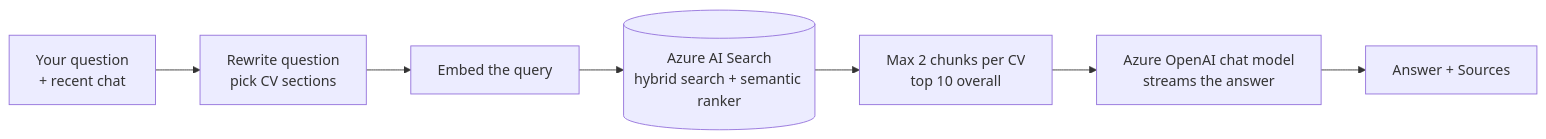
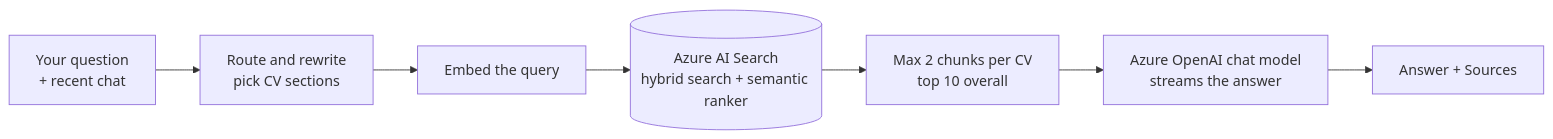
Before and after one commit to sherif2004/chat-with-cv: the second of 3 diagrams in README.md, drawn with Mermaid. The commit also changed other lines of this file and 1 other file, not shown here.

Commit message:
Add router and inline citations: classify each message as chat, simple or complex in the rewrite call, skip search for chat, and cite answers as [file name, p.N]

````diff
--- a/README.md
+++ b/README.md
@@ -81,9 +81,9 @@
 ```mermaid
 flowchart LR
-    Q["Your question<br/>+ recent chat"] --> W["Rewrite question<br/>pick CV sections"]
+    Q["Your question<br/>+ recent chat"] --> W["Route and rewrite<br/>pick CV sections"]
     W --> E["Embed the query"]
     E --> S[("Azure AI Search<br/>hybrid search + semantic ranker")]
     S --> T["Max 2 chunks per CV<br/>top 10 overall"]
     T --> M["Azure OpenAI chat model<br/>streams the answer"]
     M --> R["Answer + Sources"]
 ```
````
